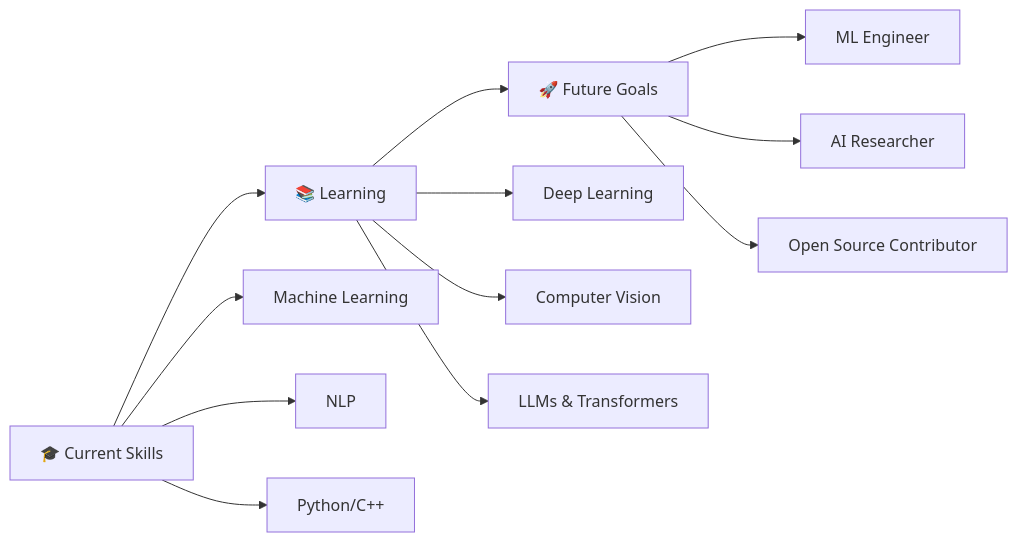
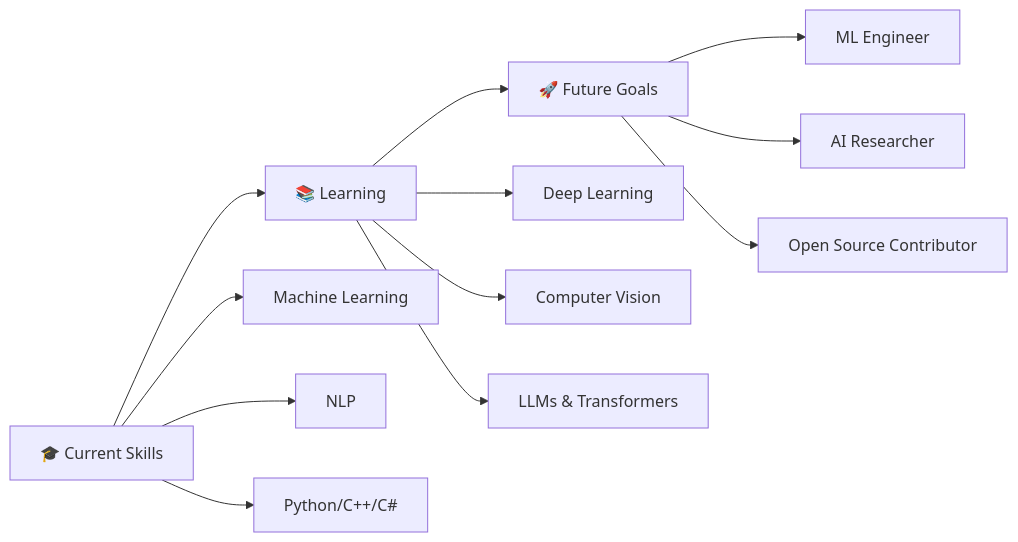
One commit to nada-elbendary/nada-elbendary changed the diagram in README.md. Above: the diagram before and after it, drawn with Mermaid. The commit also changed other lines of this file, not shown here.

````diff
--- a/README.md
+++ b/README.md
@@ -227,17 +5,17 @@
 ```mermaid
 graph LR
     A[🎓 Current Skills] --> B[📚 Learning]
     B --> C[🚀 Future Goals]
     
     A --> A1[Machine Learning]
     A --> A2[NLP]
-    A --> A3[Python/C++]
+    A --> A3[Python/C++/C#]
     
     B --> B1[Deep Learning]
     B --> B2[Computer Vision]
     B --> B3[LLMs & Transformers]
     
     C --> C1[ML Engineer]
     C --> C2[AI Researcher]
     C --> C3[Open Source Contributor]
 ```
````
